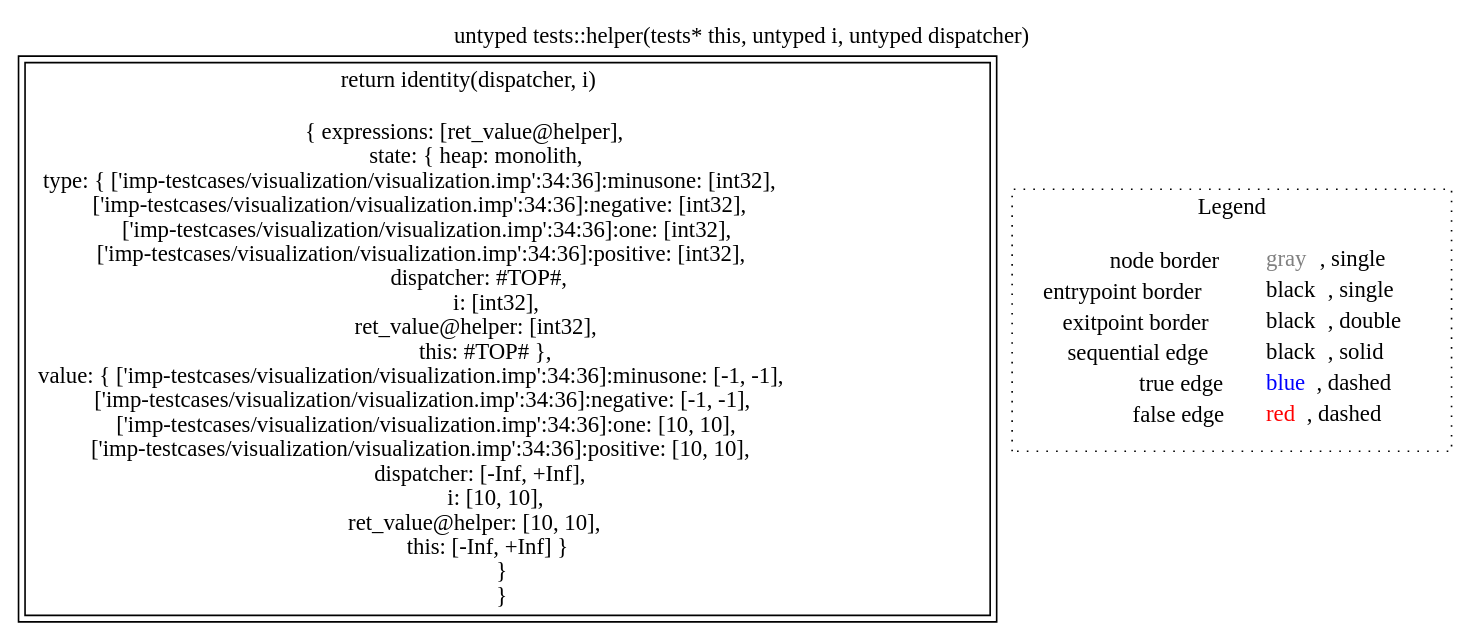
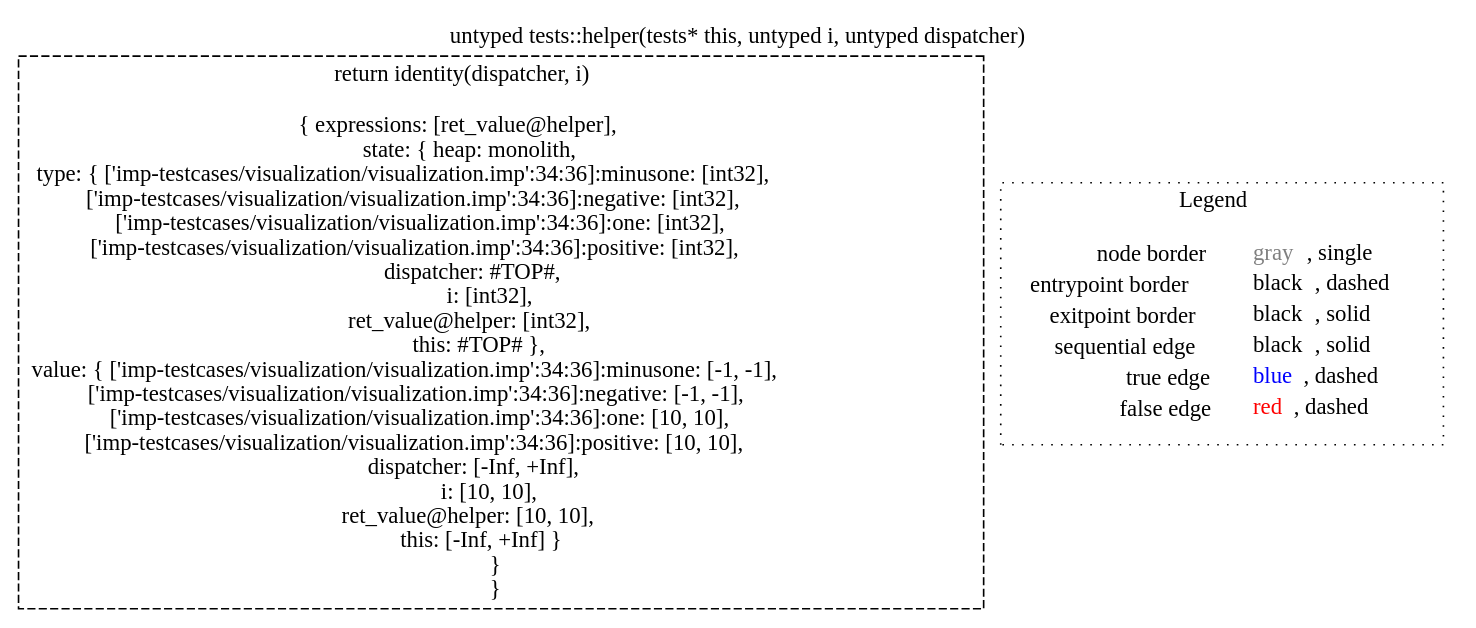
Before and after one commit to lisa-analyzer/lisa: the diagram in lisa/lisa-analyses/imp-testcases/visualization/dot/untyped_tests.helper(tests__this,_untyped_i,_untyped_dispatcher)_-1778625864.dot, drawn with Graphviz. The commit also changed 60 other files, not shown here.

```diff
--- a/lisa/lisa-analyses/imp-testcases/visualization/dot/untyped_tests.helper(tests__this,_untyped_i,_untyped_dispatcher)_-1778625864.dot
+++ b/lisa/lisa-analyses/imp-testcases/visualization/dot/untyped_tests.helper(tests__this,_untyped_i,_untyped_dispatcher)_-1778625864.dot
@@ -1,12 +1,10 @@
-digraph {
-	labelloc="t";
-	label="untyped tests::helper(tests* this, untyped i, untyped dispatcher)";
-	"node0" [shape="rect",color="black",peripheries="2",label=<return identity(dispatcher, i)<BR/><BR/>{ expressions: [ret_value@helper],<BR/>state: { heap: monolith,<BR/>type: { ['imp-testcases/visualization/visualization.imp':34:36]:minusone: [int32],<BR/>['imp-testcases/visualization/visualization.imp':34:36]:negative: [int32],<BR/>['imp-testcases/visualization/visualization.imp':34:36]:one: [int32],<BR/>['imp-testcases/visualization/visualization.imp':34:36]:positive: [int32],<BR/>dispatcher: #TOP#,<BR/>i: [int32],<BR/>ret_value@helper: [int32],<BR/>this: #TOP# },<BR/>value: { ['imp-testcases/visualization/visualization.imp':34:36]:minusone: [-1, -1],<BR/>['imp-testcases/visualization/visualization.imp':34:36]:negative: [-1, -1],<BR/>['imp-testcases/visualization/visualization.imp':34:36]:one: [10, 10],<BR/>['imp-testcases/visualization/visualization.imp':34:36]:positive: [10, 10],<BR/>dispatcher: [-Inf, +Inf],<BR/>i: [10, 10],<BR/>ret_value@helper: [10, 10],<BR/>this: [-Inf, +Inf] }<BR/> }<BR/> }<BR/>>];
-subgraph cluster_legend {
-	label="Legend";
-	style=dotted;
-	node [shape=plaintext];
-	"legend" [label=<<table border="0" cellpadding="2" cellspacing="0" cellborder="0"><tr><td align="right">node border&nbsp;</td><td align="left"><font color="gray">gray</font>, single</td></tr><tr><td align="right">entrypoint border&nbsp;</td><td align="left"><font color="black">black</font>, single</td></tr><tr><td align="right">exitpoint border&nbsp;</td><td align="left"><font color="black">black</font>, double</td></tr><tr><td align="right">sequential edge&nbsp;</td><td align="left"><font color="black">black</font>, solid</td></tr><tr><td align="right">true edge&nbsp;</td><td align="left"><font color="blue">blue</font>, dashed</td></tr><tr><td align="right">false edge&nbsp;</td><td align="left"><font color="red">red</font>, dashed</td></tr></table>>];
+digraph "untyped tests::helper(tests* this, untyped i, untyped dispatcher)" {
+edge ["dir"="forward"]
+graph ["label"="untyped tests::helper(tests* this, untyped i, untyped dispatcher)","labelloc"="t"]
+"node0" ["label"=<return identity(dispatcher, i)<br/><br/>{ expressions: [ret_value@helper],<br/>state: { heap: monolith,<br/>type: { ['imp-testcases/visualization/visualization.imp':34:36]:minusone: [int32],<br/>['imp-testcases/visualization/visualization.imp':34:36]:negative: [int32],<br/>['imp-testcases/visualization/visualization.imp':34:36]:one: [int32],<br/>['imp-testcases/visualization/visualization.imp':34:36]:positive: [int32],<br/>dispatcher: #TOP#,<br/>i: [int32],<br/>ret_value@helper: [int32],<br/>this: #TOP# },<br/>value: { ['imp-testcases/visualization/visualization.imp':34:36]:minusone: [-1, -1],<br/>['imp-testcases/visualization/visualization.imp':34:36]:negative: [-1, -1],<br/>['imp-testcases/visualization/visualization.imp':34:36]:one: [10, 10],<br/>['imp-testcases/visualization/visualization.imp':34:36]:positive: [10, 10],<br/>dispatcher: [-Inf, +Inf],<br/>i: [10, 10],<br/>ret_value@helper: [10, 10],<br/>this: [-Inf, +Inf] }<br/> }<br/> }<br/>>,"shape"="rect","id"="node0","color"="black","style"="dashed"]
+subgraph "cluster_legend" {
+edge ["dir"="none"]
+graph ["label"=<Legend>,"style"="dotted"]
+"legend" ["label"=<<table border="0" cellpadding="2" cellspacing="0" cellborder="0"><tr><td align="right">node border&nbsp;</td><td align="left"><font color="gray">gray</font>, single</td></tr><tr><td align="right">entrypoint border&nbsp;</td><td align="left"><font color="black">black</font>, dashed</td></tr><tr><td align="right">exitpoint border&nbsp;</td><td align="left"><font color="black">black</font>, solid</td></tr><tr><td align="right">sequential edge&nbsp;</td><td align="left"><font color="black">black</font>, solid</td></tr><tr><td align="right">true edge&nbsp;</td><td align="left"><font color="blue">blue</font>, dashed</td></tr><tr><td align="right">false edge&nbsp;</td><td align="left"><font color="red">red</font>, dashed</td></tr></table>>,"shape"="none"]
 }
-
 }
```
